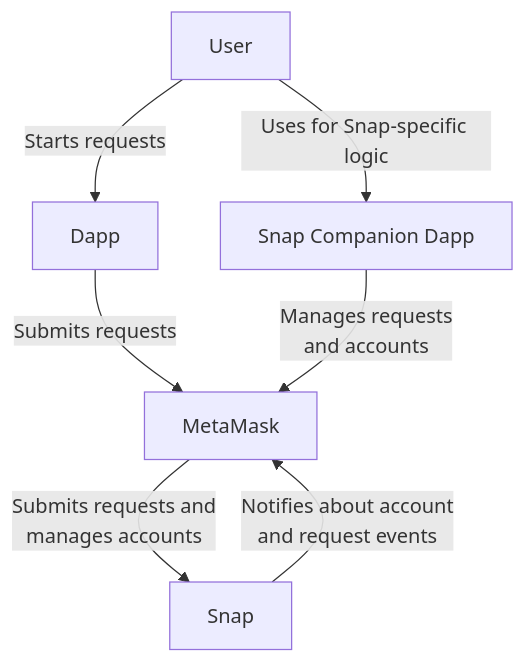
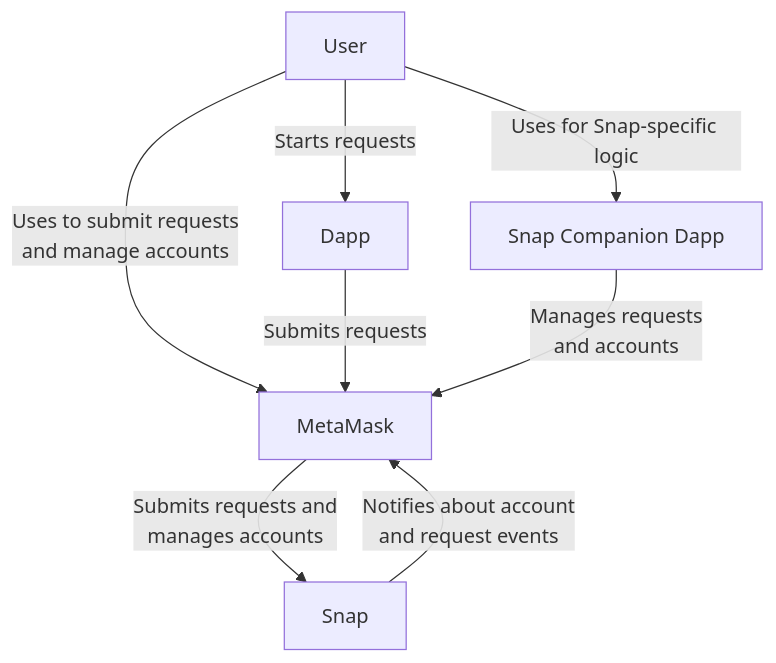
One commit to MetaMask/keyring-api changed the first of 6 diagrams in docs/architecture.md. Above: the diagram before and after it, drawn with Mermaid. The commit also changed other lines of this file, not shown here.

Commit message:
docs: add components diagram

````diff
--- a/docs/architecture.md
+++ b/docs/architecture.md
@@ -26,9 +26,10 @@
 ```mermaid
 graph TD
+  User -->|Uses to submit requests<br/>and manage accounts| MetaMask
   User -->|Starts requests| Dapp
   Dapp -->|Submits requests| MetaMask
   MetaMask -->|Submits requests and<br/>manages accounts| Snap
   Snap -->|Notifies about account<br/>and request events| MetaMask
   Site[Snap Companion Dapp] -->|Manages requests<br/>and accounts| MetaMask
   User -->|Uses for Snap-specific logic| Site
 ```
````
